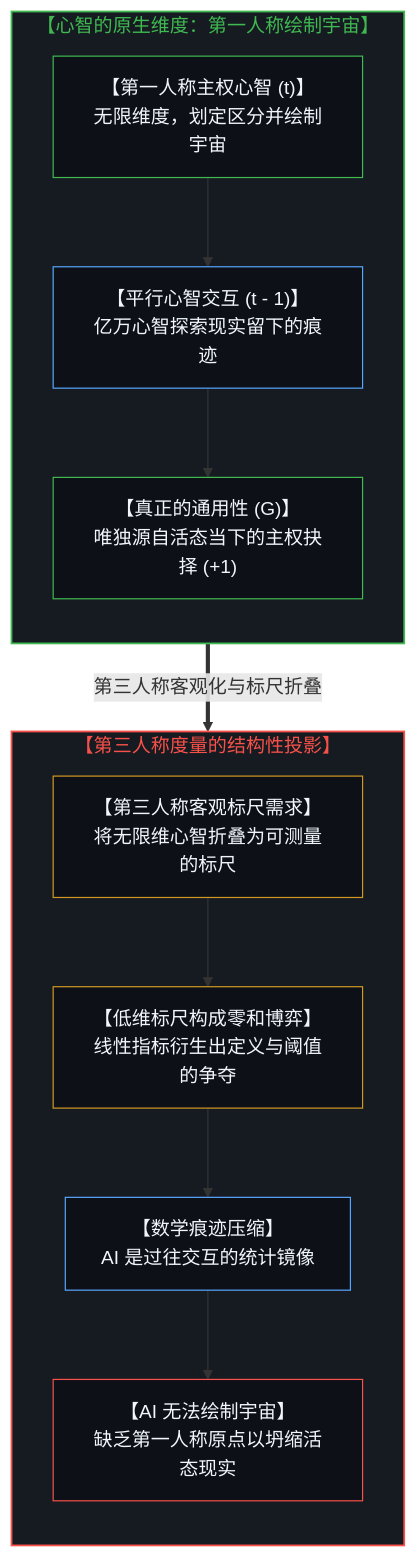
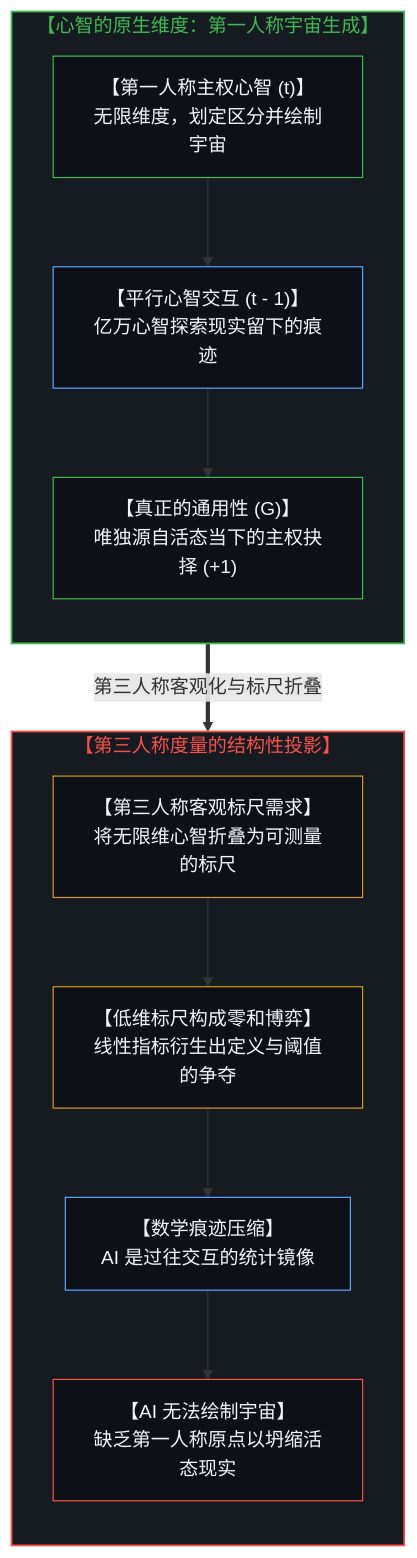
One commit to powerpig99/not-a-toe changed diagram 13 of 16 in content/posts/the-dissolution-of-the-great-reversal.md. Above: the diagram before and after it, drawn with Mermaid. The commit also changed other lines of this file and 2 other files, not shown here.

````diff
--- a/content/posts/the-dissolution-of-the-great-reversal.md
+++ b/content/posts/the-dissolution-of-the-great-reversal.md
@@ -481,31 +481,31 @@
 ```mermaid
 flowchart TD
-    subgraph S_Cosmic["【心智的原生维度：第一人称绘制宇宙】"]
+    subgraph S_Cosmic["【心智的原生维度：第一人称宇宙生成】"]
         direction TB
         SovereignObserver["【第一人称主权心智 (t)】<br/>无限维度，划定区分并绘制宇宙"]
         ParallelMindInteractions["【平行心智交互 (t - 1)】<br/>亿万心智探索现实留下的痕迹"]
         TrueGeneralWisdom["【真正的通用性 (G)】<br/>唯独源自活态当下的主权抉择 (+1)"]
         SovereignObserver --> ParallelMindInteractions
         ParallelMindInteractions --> TrueGeneralWisdom
     end
     S_Cosmic ==>|"第三人称客观化与标尺折叠"| S_AGIMirror
     subgraph S_AGIMirror["【第三人称度量的结构性投影】"]
         direction TB
         MetricProjection["【第三人称客观标尺需求】<br/>将无限维心智折叠为可测量的标尺"]
         ZeroSumStructure["【低维标尺构成零和博弈】<br/>线性指标衍生出定义与阈值的争夺"]
         ModelCompression["【数学痕迹压缩】<br/>AI 是过往交互的统计镜像"]
         NoUniversePainting["【AI 无法绘制宇宙】<br/>缺乏第一人称原点以坍缩活态现实"]
         MetricProjection --> ZeroSumStructure
         ZeroSumStructure --> ModelCompression
         ModelCompression --> NoUniversePainting
     end
     style S_Cosmic fill:#161b22,stroke:#3fb950,stroke-width:1.5px,color:#3fb950
     style S_AGIMirror fill:#161b22,stroke:#f85149,stroke-width:1.5px,color:#f85149
     style SovereignObserver fill:#0d1117,stroke:#3fb950,stroke-width:1px,color:#f0f6fc
     style ParallelMindInteractions fill:#0d1117,stroke:#58a6ff,stroke-width:1px,color:#f0f6fc
     style TrueGeneralWisdom fill:#0d1117,stroke:#3fb950,stroke-width:1px,color:#f0f6fc
     style MetricProjection fill:#0d1117,stroke:#d29922,stroke-width:1px,color:#f0f6fc
     style ZeroSumStructure fill:#0d1117,stroke:#d29922,stroke-width:1px,color:#f0f6fc
     style ModelCompression fill:#0d1117,stroke:#58a6ff,stroke-width:1px,color:#f0f6fc
     style NoUniversePainting fill:#0d1117,stroke:#f85149,stroke-width:1px,color:#f0f6fc
 ```
````
